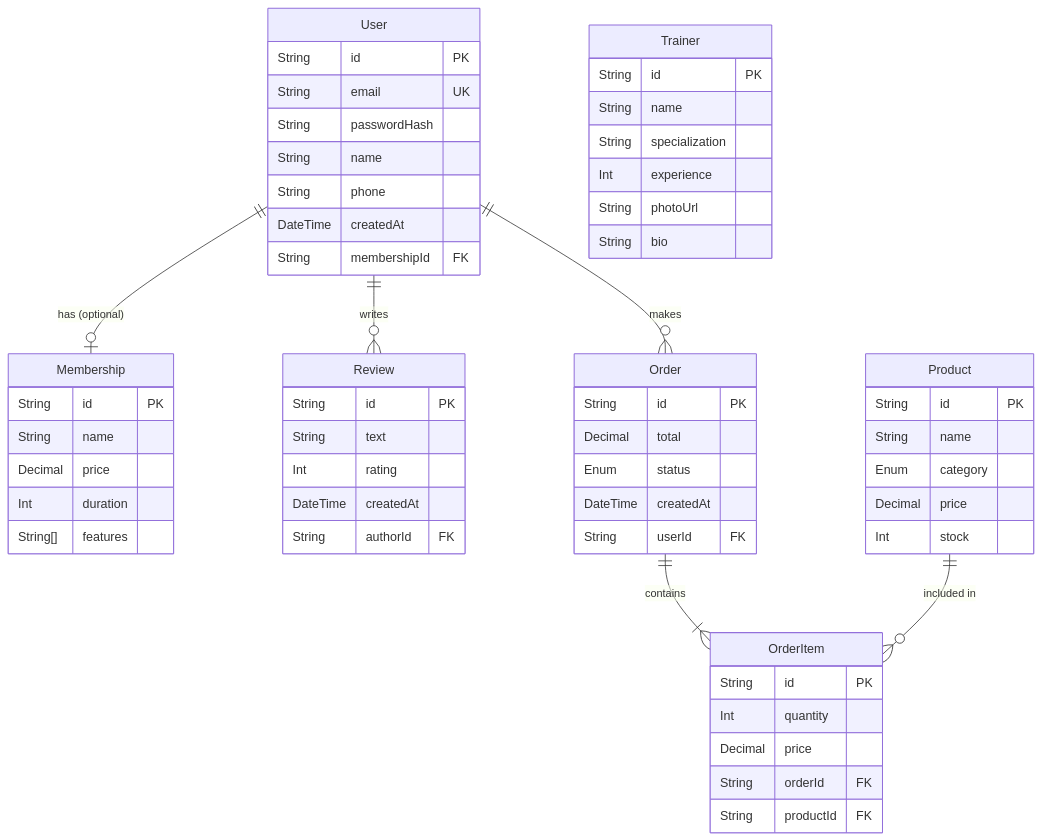
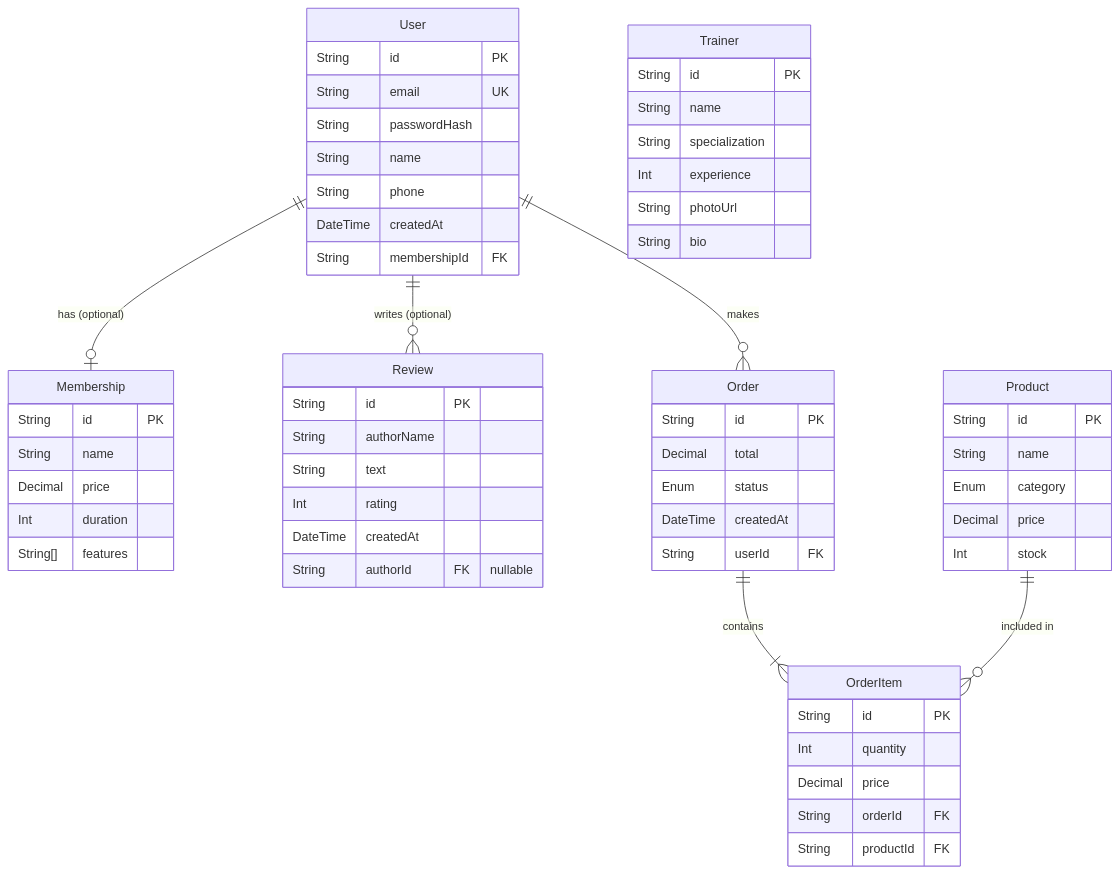
The diagram in README.md (XakerXaker/backend-course), drawn with Mermaid before and after one commit. The commit also changed other lines of this file and 23 other files, not shown here.

````diff
--- a/README.md
+++ b/README.md
@@ -3,68 +87,69 @@
 ```mermaid
 erDiagram
     User ||--o| Membership : "has (optional)"
-    User ||--o{ Review : "writes"
+    User ||--o{ Review : "writes (optional)"
     User ||--o{ Order : "makes"
 
     Order ||--|{ OrderItem : "contains"
     Product ||--o{ OrderItem : "included in"
 
     User {
         String id PK
         String email UK
         String passwordHash
         String name
         String phone
         DateTime createdAt
         String membershipId FK
     }
 
     Membership {
         String id PK
         String name
         Decimal price
         Int duration
         String[] features
     }
 
     Trainer {
         String id PK
         String name
         String specialization
         Int experience
         String photoUrl
         String bio
     }
 
     Review {
         String id PK
+        String authorName
         String text
         Int rating
         DateTime createdAt
-        String authorId FK
+        String authorId FK "nullable"
     }
 
     Product {
         String id PK
         String name
         Enum category
         Decimal price
         Int stock
     }
 
     Order {
         String id PK
         Decimal total
         Enum status
         DateTime createdAt
         String userId FK
     }
 
     OrderItem {
         String id PK
         Int quantity
         Decimal price
         String orderId FK
         String productId FK
     }
 ```
````
